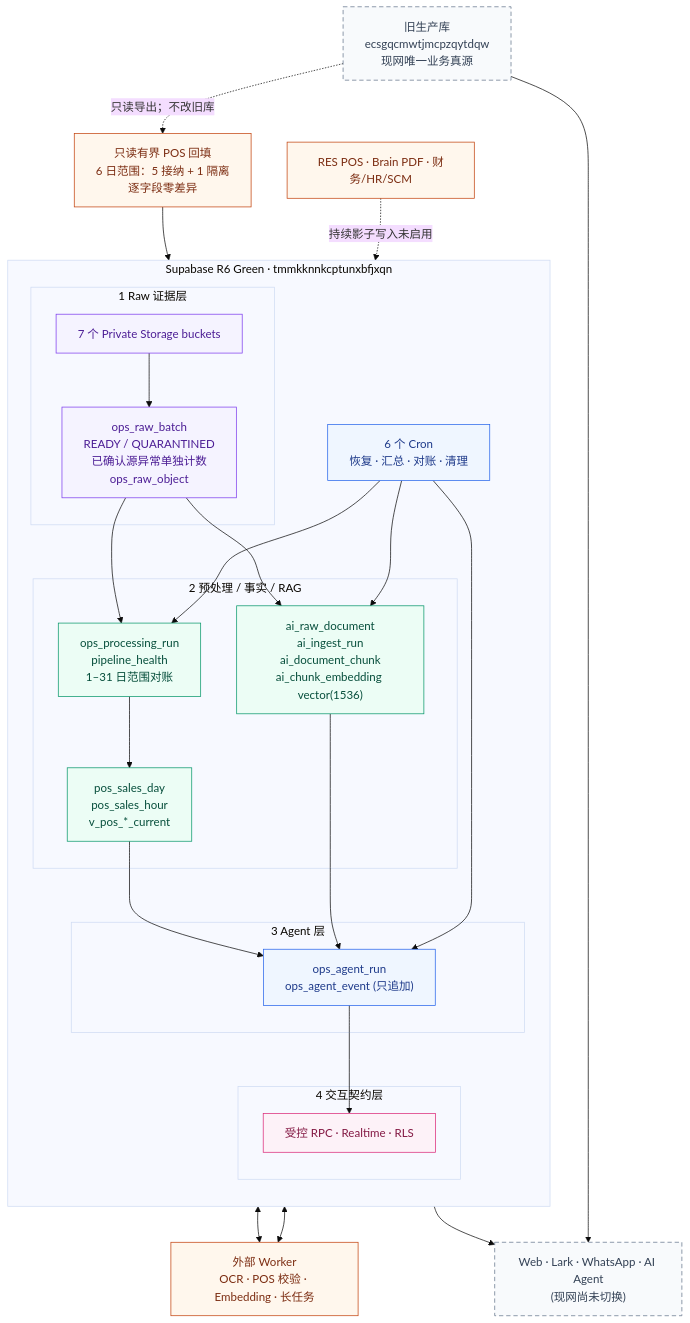
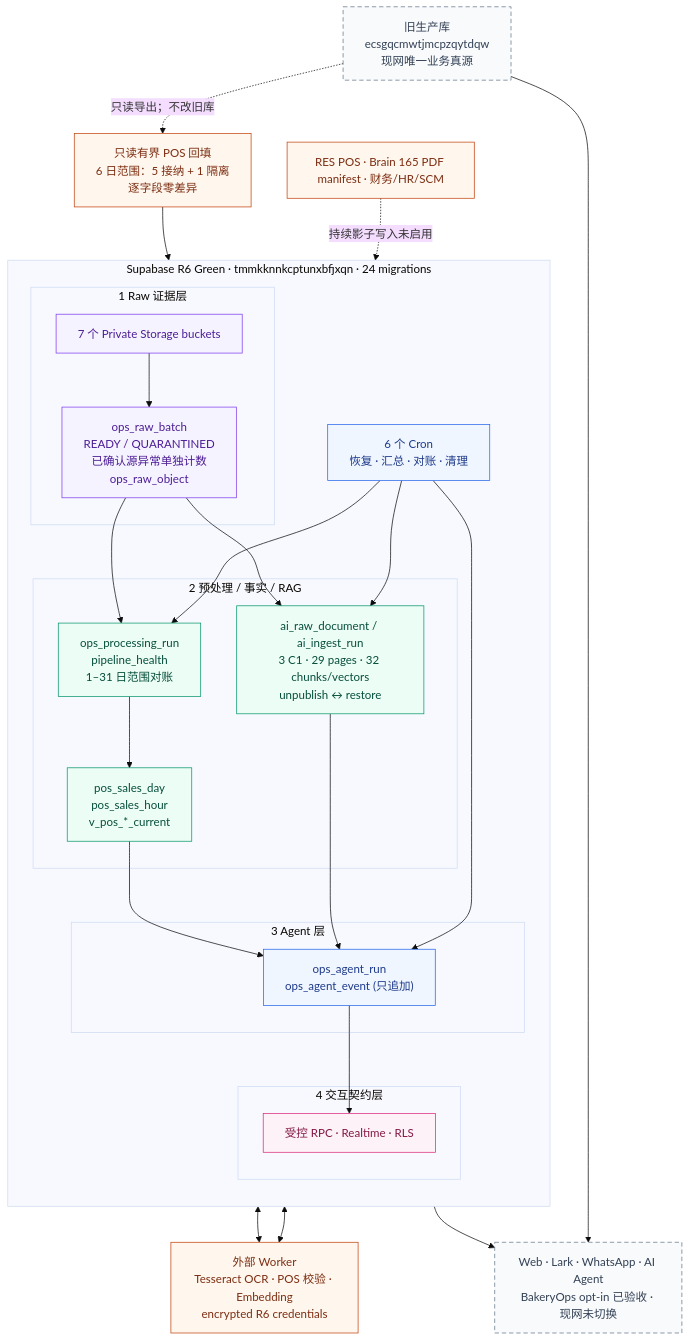
The diagram in docs/database/diagrams/hotcrush-r6-green-blueprint.mmd (AlgerSSS/bakery-ops), drawn with Mermaid (base theme) before and after one commit. The commit also changed 29 other files, not shown here.

```diff
--- a/docs/database/diagrams/hotcrush-r6-green-blueprint.mmd
+++ b/docs/database/diagrams/hotcrush-r6-green-blueprint.mmd
@@ -1,49 +1,49 @@
 flowchart TB
   classDef source fill:#fff7ed,stroke:#c2410c,color:#7c2d12
   classDef raw fill:#f5f3ff,stroke:#7c3aed,color:#4c1d95
   classDef processed fill:#ecfdf5,stroke:#059669,color:#064e3b
   classDef agent fill:#eff6ff,stroke:#2563eb,color:#1e3a8a
   classDef ui fill:#fdf2f8,stroke:#db2777,color:#831843
   classDef frozen fill:#f8fafc,stroke:#64748b,color:#334155,stroke-dasharray: 6 4
 
   OLD["旧生产库<br/>ecsgqcmwtjmcpzqytdqw<br/>现网唯一业务真源"]:::frozen
   BACKFILL["只读有界 POS 回填<br/>6 日范围：5 接纳 + 1 隔离<br/>逐字段零差异"]:::source
-  SOURCES["RES POS · Brain PDF · 财务/HR/SCM"]:::source
+  SOURCES["RES POS · Brain 165 PDF manifest · 财务/HR/SCM"]:::source
 
-  subgraph R6["Supabase R6 Green · tmmkknnkcptunxbfjxqn"]
+  subgraph R6["Supabase R6 Green · tmmkknnkcptunxbfjxqn · 24 migrations"]
     direction TB
     subgraph L1["1  Raw 证据层"]
       STORAGE["7 个 Private Storage buckets"]:::raw
       RAW["ops_raw_batch<br/>READY / QUARANTINED<br/>已确认源异常单独计数<br/>ops_raw_object"]:::raw
     end
     subgraph L2["2  预处理 / 事实 / RAG"]
       RUN["ops_processing_run<br/>pipeline_health<br/>1–31 日范围对账"]:::processed
       POS["pos_sales_day<br/>pos_sales_hour<br/>v_pos_*_current"]:::processed
-      RAG["ai_raw_document<br/>ai_ingest_run<br/>ai_document_chunk<br/>ai_chunk_embedding vector(1536)"]:::processed
+      RAG["ai_raw_document / ai_ingest_run<br/>3 C1 · 29 pages · 32 chunks/vectors<br/>unpublish ↔ restore"]:::processed
     end
     subgraph L3["3  Agent 层"]
       AGENT["ops_agent_run<br/>ops_agent_event (只追加)"]:::agent
     end
     subgraph L4["4  交互契约层"]
       API["受控 RPC · Realtime · RLS"]:::ui
     end
     CRON["6 个 Cron<br/>恢复 · 汇总 · 对账 · 清理"]:::agent
   end
 
-  WORKER["外部 Worker<br/>OCR · POS 校验 · Embedding · 长任务"]:::source
-  USERS["Web · Lark · WhatsApp · AI Agent<br/>(现网尚未切换)"]:::frozen
+  WORKER["外部 Worker<br/>Tesseract OCR · POS 校验 · Embedding<br/>encrypted R6 credentials"]:::source
+  USERS["Web · Lark · WhatsApp · AI Agent<br/>BakeryOps opt-in 已验收 · 现网未切换"]:::frozen
 
   SOURCES -. "持续影子写入未启用" .-> STORAGE
   OLD -. "只读导出；不改旧库" .-> BACKFILL --> STORAGE
   STORAGE --> RAW --> RUN
   RUN <--> WORKER
   RUN --> POS
   RAW --> RAG
   RAG <--> WORKER
   POS --> AGENT
   RAG --> AGENT
   AGENT --> API --> USERS
   CRON --> RUN
   CRON --> RAG
   CRON --> AGENT
   OLD --> USERS
```
